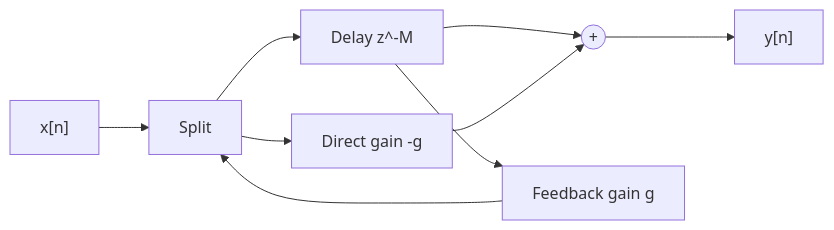
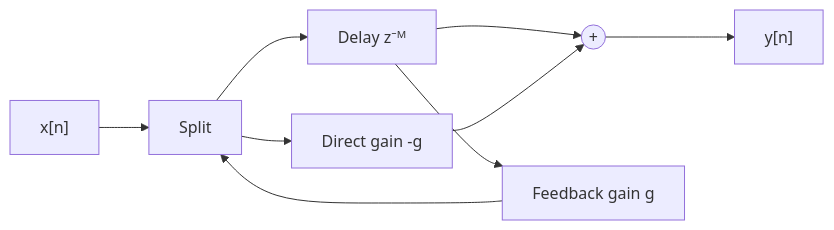
Before and after one commit to TheColby/verbx: the fourth of 10 diagrams in README.md, drawn with Mermaid. The commit also changed other lines of this file and 19 other files, not shown here.

Commit message:
Improve user guide typography and diagrams

````diff
--- a/README.md
+++ b/README.md
@@ -1208,12 +1208,12 @@
 ```mermaid
 %% verbx-static: docs/assets/reverb_primer/04_schroeder_allpass.png
 flowchart LR
     X["x[n]"] --> P["Split"]
-    P --> D["Delay z^-M"]
+    P --> D["Delay z⁻ᴹ"]
     P --> N["Direct gain -g"]
     D --> S(("+"))
     N --> S
     D --> G["Feedback gain g"]
     G --> P
     S --> Y["y[n]"]
 ```
````
